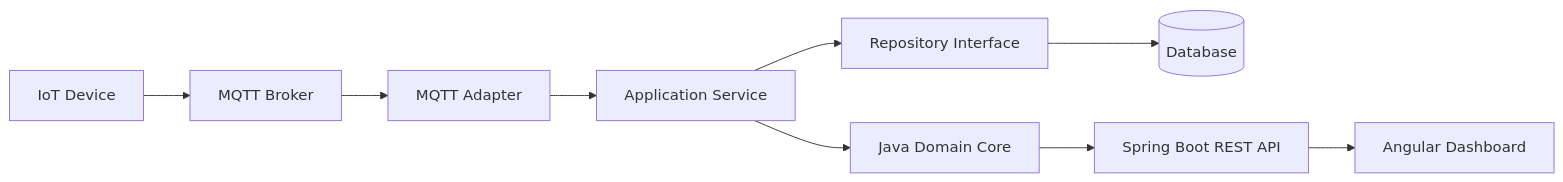
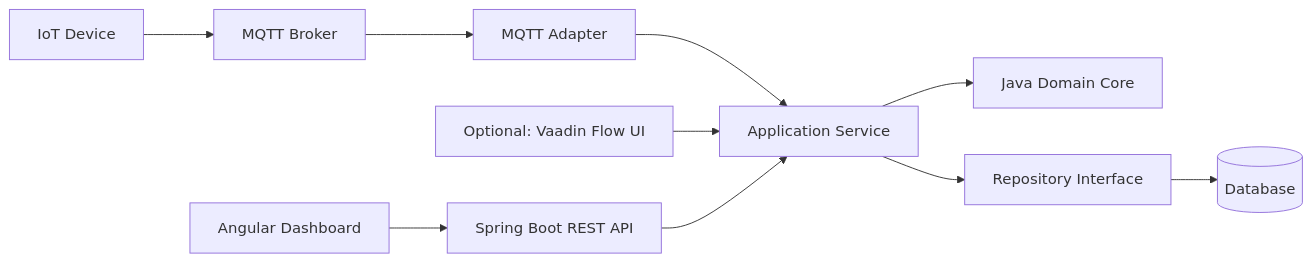
One commit to KOPE-SOLUTION/java-smart-solutions changed the diagram in docs/FUTURE_ROADMAP.md. Above: the diagram before and after it, drawn with Mermaid. The commit also changed other lines of this file and 2 other files, not shown here.

Commit message:
docs(roadmap): add optional Vaadin Flow learning track

````diff
--- a/docs/FUTURE_ROADMAP.md
+++ b/docs/FUTURE_ROADMAP.md
@@ -103,11 +125,12 @@
 ```mermaid
 flowchart LR
     Device[IoT Device] --> Broker[MQTT Broker]
     Broker --> MqttAdapter[MQTT Adapter]
     MqttAdapter --> AppService[Application Service]
+    Vaadin[Optional: Vaadin Flow UI] --> AppService
+    Angular[Angular Dashboard] --> RestApi[Spring Boot REST API]
+    RestApi --> AppService
     AppService --> Domain[Java Domain Core]
     AppService --> Repository[Repository Interface]
     Repository --> Database[(Database)]
-    Domain --> RestApi[Spring Boot REST API]
-    RestApi --> Angular[Angular Dashboard]
 ```
````
